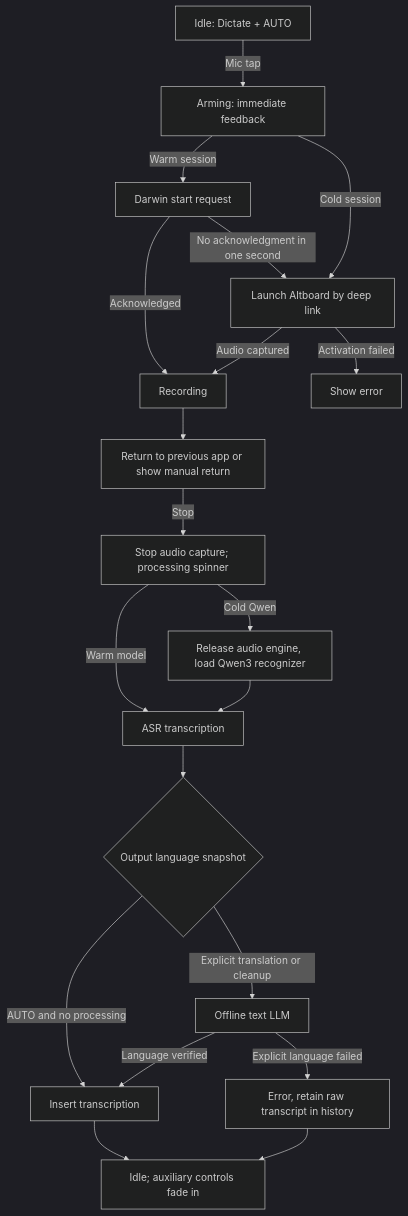
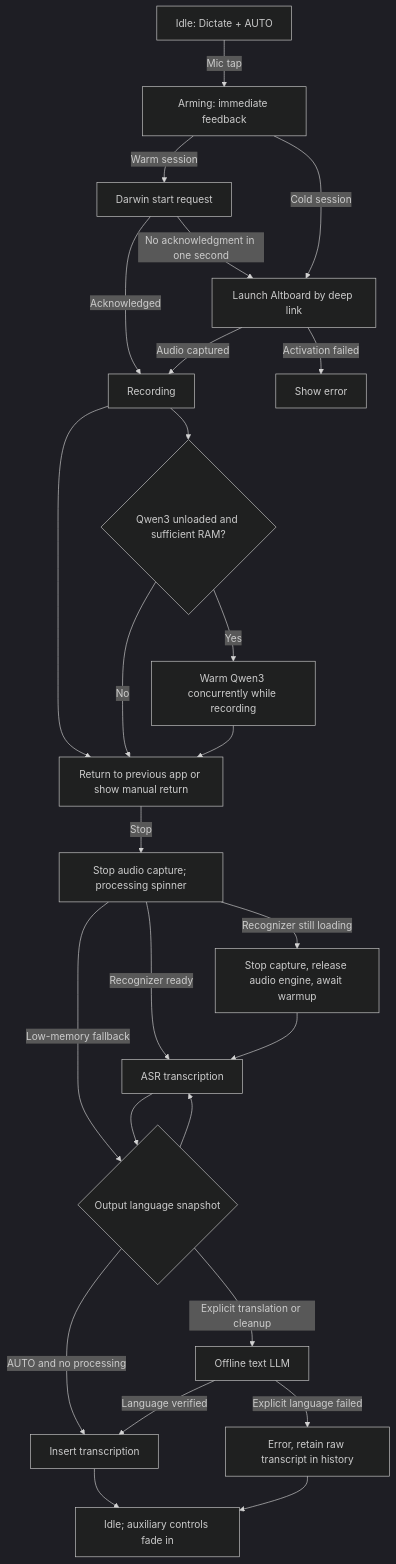
One commit to Diddian/Altboard-Canto changed the diagram in docs/voice-session-state-machine.md. Above: the diagram before and after it, drawn with Mermaid (dark theme). The commit also changed other lines of this file and 3 other files, not shown here.

Commit message:
fix: warm Qwen3 during active recording and remove obsolete Compose settings

````diff
--- a/docs/voice-session-state-machine.md
+++ b/docs/voice-session-state-machine.md
@@ -3,22 +3,28 @@
 ```mermaid
 flowchart TD
  A[Idle: Dictate + AUTO] -->|Mic tap| B[Arming: immediate feedback]
  B -->|Warm session| C[Darwin start request]
  C -->|No acknowledgment in one second| D[Launch Altboard by deep link]
  B -->|Cold session| D
  C -->|Acknowledged| E[Recording]
  D -->|Audio captured| E
  D -->|Activation failed| X[Show error]
  E --> F[Return to previous app or show manual return]
  F -->|Stop| G[Stop audio capture; processing spinner]
- G -->|Cold Qwen| H[Release audio engine, load Qwen3 recognizer]
- G -->|Warm model| I[ASR transcription]
+ E --> P{Qwen3 unloaded and sufficient RAM?}
+ P -->|Yes| W[Warm Qwen3 concurrently while recording]
+ P -->|No| F
+ W --> F
+ G -->|Recognizer still loading| H[Stop capture, release audio engine, await warmup]
+ G -->|Low-memory fallback| J[Load Qwen3 after stop]
+ G -->|Recognizer ready| I[ASR transcription]
  H --> I
+ J --> I
  I --> J{Output language snapshot}
  J -->|AUTO and no processing| K[Insert transcription]
  J -->|Explicit translation or cleanup| L[Offline text LLM]
  L -->|Language verified| K
  L -->|Explicit language failed| M[Error, retain raw transcript in history]
  K --> N[Idle; auxiliary controls fade in]
  M --> N
 ```
````
